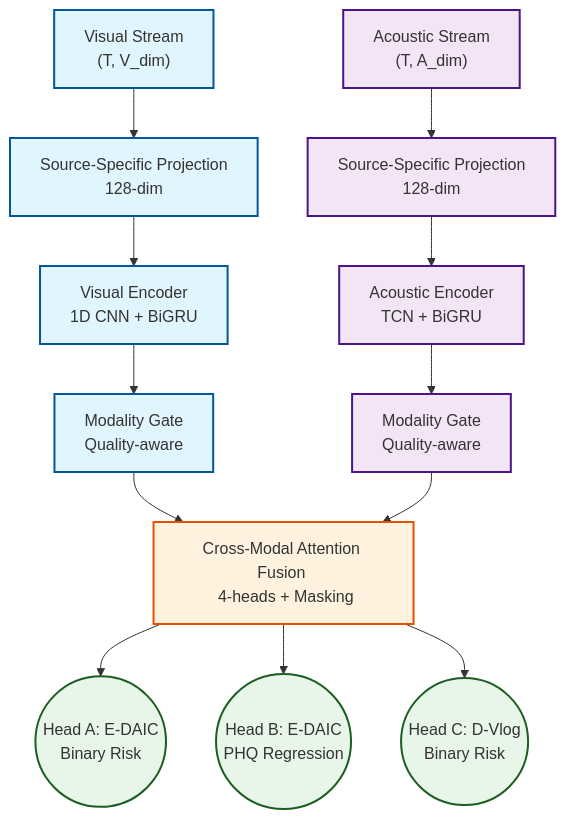
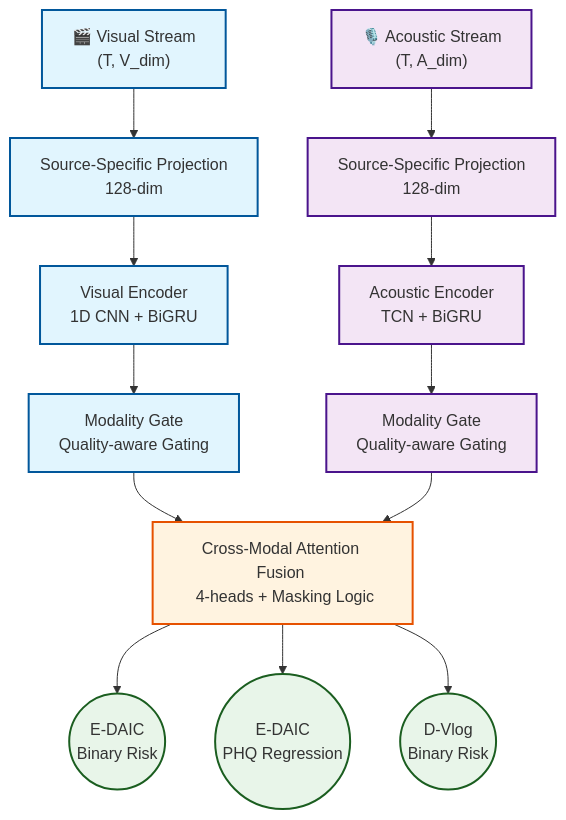
Before and after one commit to arjun7n9s/Depression-detection-DL-model: the first of 2 diagrams in README.md, drawn with Mermaid. The commit also changed other lines of this file, not shown here.

Commit message:
Refactor README: Implement premium visual design and layout

````diff
--- a/README.md
+++ b/README.md
@@ -33,47 +40,47 @@
 ```mermaid
 graph TD
     classDef visual fill:#e1f5fe,stroke:#01579b,stroke-width:2px;
     classDef acoustic fill:#f3e5f5,stroke:#4a148c,stroke-width:2px;
     classDef core fill:#fff3e0,stroke:#e65100,stroke-width:2px;
     classDef output fill:#e8f5e9,stroke:#1b5e20,stroke-width:2px;
 
     %% Data Ingestion
-    V_Raw["Visual Stream <br> (T, V_dim)"]:::visual
-    A_Raw["Acoustic Stream <br> (T, A_dim)"]:::acoustic
+    V_Raw["🎬 Visual Stream <br> (T, V_dim)"]:::visual
+    A_Raw["🎙️ Acoustic Stream <br> (T, A_dim)"]:::acoustic
 
     %% Projection
     V_Proj["Source-Specific Projection <br> 128-dim"]:::visual
     A_Proj["Source-Specific Projection <br> 128-dim"]:::acoustic
     
     V_Raw --> V_Proj
     A_Raw --> A_Proj
 
     %% Encoding
     V_Enc["Visual Encoder <br> 1D CNN + BiGRU"]:::visual
     A_Enc["Acoustic Encoder <br> TCN + BiGRU"]:::acoustic
 
     V_Proj --> V_Enc
     A_Proj --> A_Enc
 
     %% Gating
-    V_Gate["Modality Gate <br> Quality-aware"]:::visual
-    A_Gate["Modality Gate <br> Quality-aware"]:::acoustic
+    V_Gate["Modality Gate <br> Quality-aware Gating"]:::visual
+    A_Gate["Modality Gate <br> Quality-aware Gating"]:::acoustic
 
     V_Enc --> V_Gate
     A_Enc --> A_Gate
 
     %% Fusion
-    F_Cross["Cross-Modal Attention Fusion <br> 4-heads + Masking"]:::core
+    F_Cross["Cross-Modal Attention Fusion <br> 4-heads + Masking Logic"]:::core
 
     V_Gate --> F_Cross
     A_Gate --> F_Cross
 
     %% Outputs
-    HeadA(("Head A: E-DAIC <br> Binary Risk")):::output
-    HeadB(("Head B: E-DAIC <br> PHQ Regression")):::output
-    HeadC(("Head C: D-Vlog <br> Binary Risk")):::output
+    HeadA(("E-DAIC <br> Binary Risk")):::output
+    HeadB(("E-DAIC <br> PHQ Regression")):::output
+    HeadC(("D-Vlog <br> Binary Risk")):::output
 
     F_Cross --> HeadA
     F_Cross --> HeadB
     F_Cross --> HeadC
 ```
````
